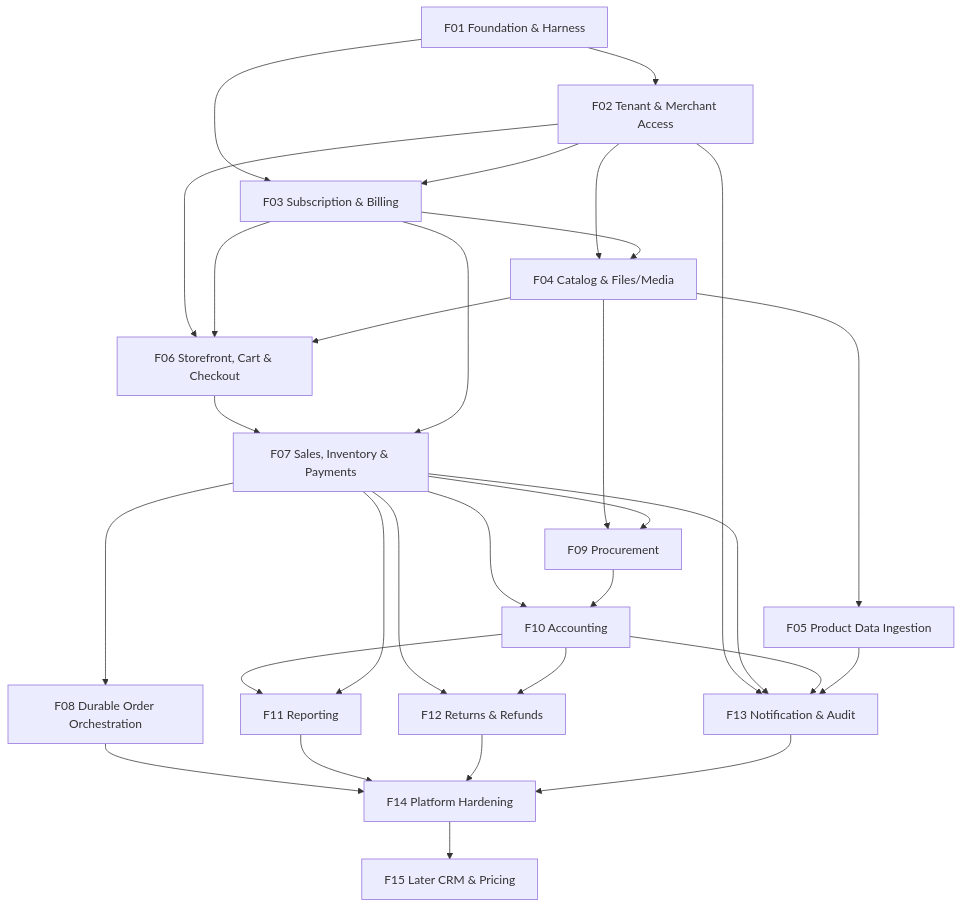
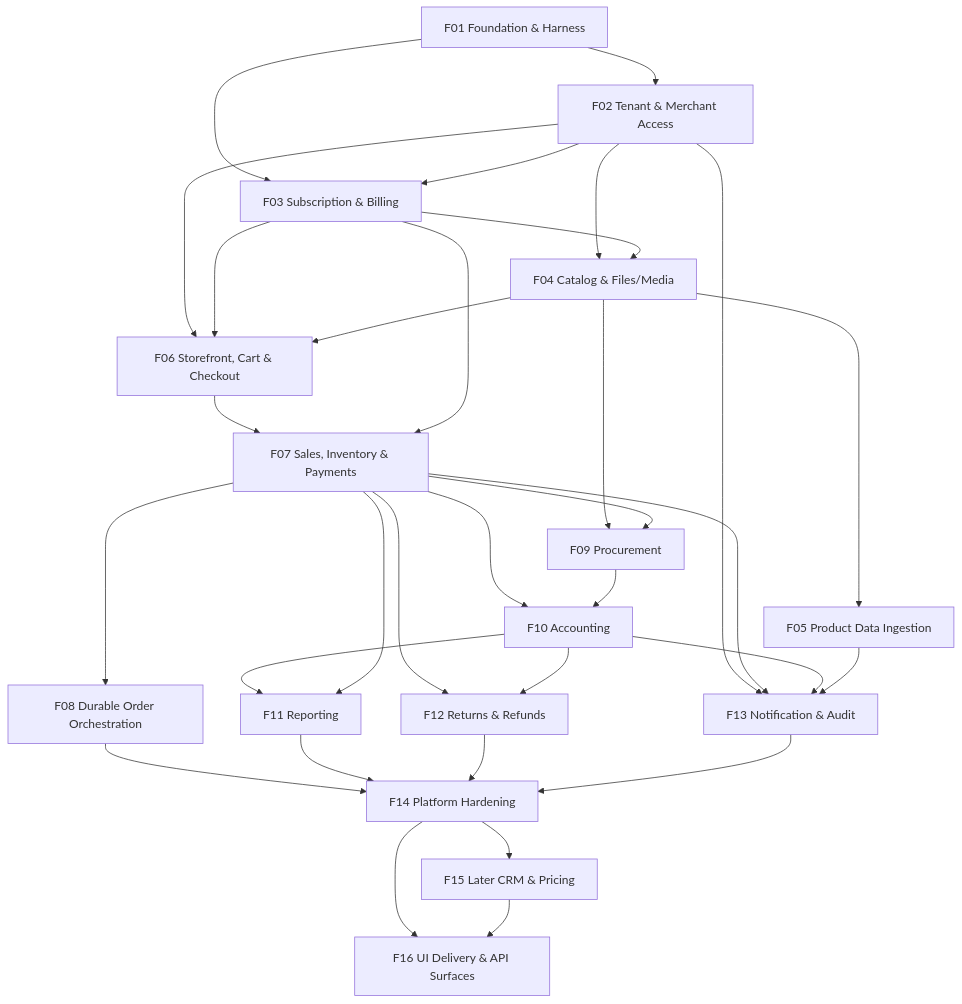
Before and after one commit to vuthanhdat/CommerceOS: the first of 3 diagrams in tasks/planning/DEPENDENCY_MAP.md, drawn with Mermaid. The commit also changed other lines of this file, not shown here.

Commit message:
docs(planning): add F16 UI delivery dependency graph

````diff
--- a/tasks/planning/DEPENDENCY_MAP.md
+++ b/tasks/planning/DEPENDENCY_MAP.md
@@ -7,32 +7,34 @@
 ```mermaid
 flowchart TD
   F01["F01 Foundation & Harness"] --> F02["F02 Tenant & Merchant Access"]
   F01 --> F03["F03 Subscription & Billing"]
   F02 --> F03
   F02 --> F04["F04 Catalog & Files/Media"]
   F03 --> F04
   F04 --> F05["F05 Product Data Ingestion"]
   F02 --> F06["F06 Storefront, Cart & Checkout"]
   F03 --> F06
   F04 --> F06
   F06 --> F07["F07 Sales, Inventory & Payments"]
   F03 --> F07
   F07 --> F08["F08 Durable Order Orchestration"]
   F04 --> F09["F09 Procurement"]
   F07 --> F09
   F07 --> F10["F10 Accounting"]
   F09 --> F10
   F10 --> F11["F11 Reporting"]
   F07 --> F11
   F07 --> F12["F12 Returns & Refunds"]
   F10 --> F12
   F02 --> F13["F13 Notification & Audit"]
   F07 --> F13
   F10 --> F13
   F05 --> F13
   F08 --> F14["F14 Platform Hardening"]
   F11 --> F14
   F12 --> F14
   F13 --> F14
   F14 --> F15["F15 Later CRM & Pricing"]
+  F14 --> F16["F16 UI Delivery & API Surfaces"]
+  F15 --> F16
 ```
````
